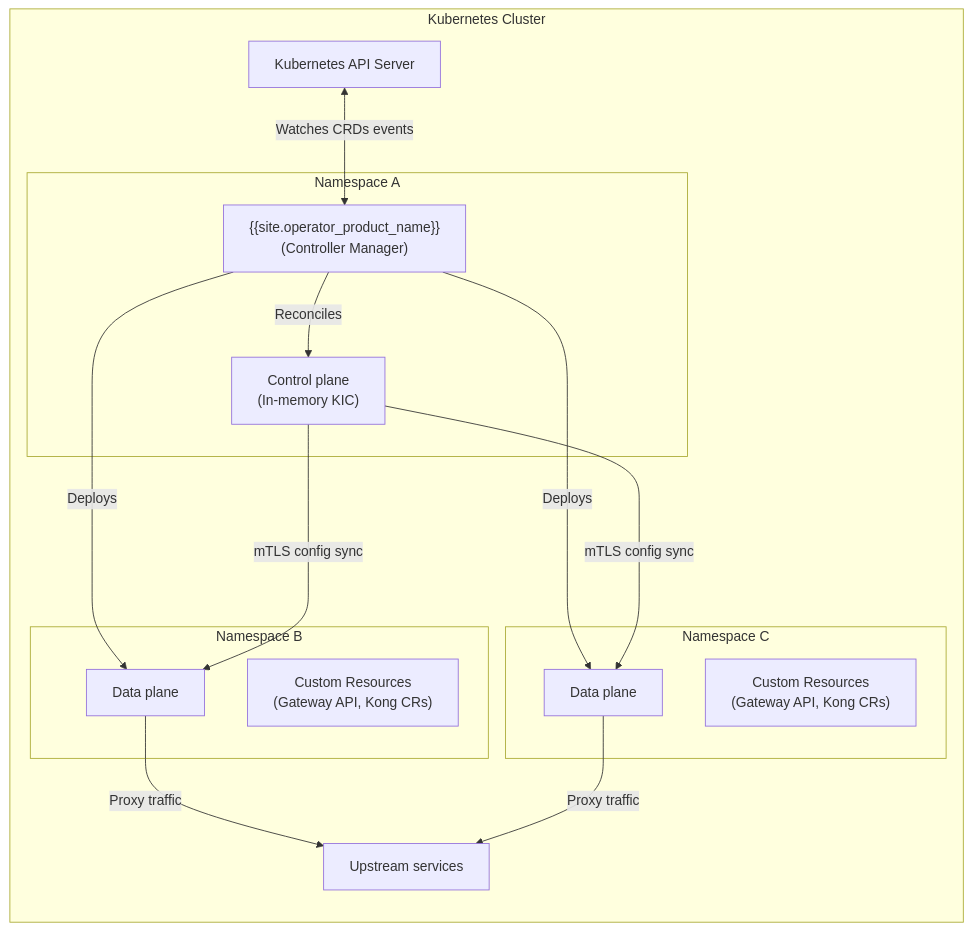
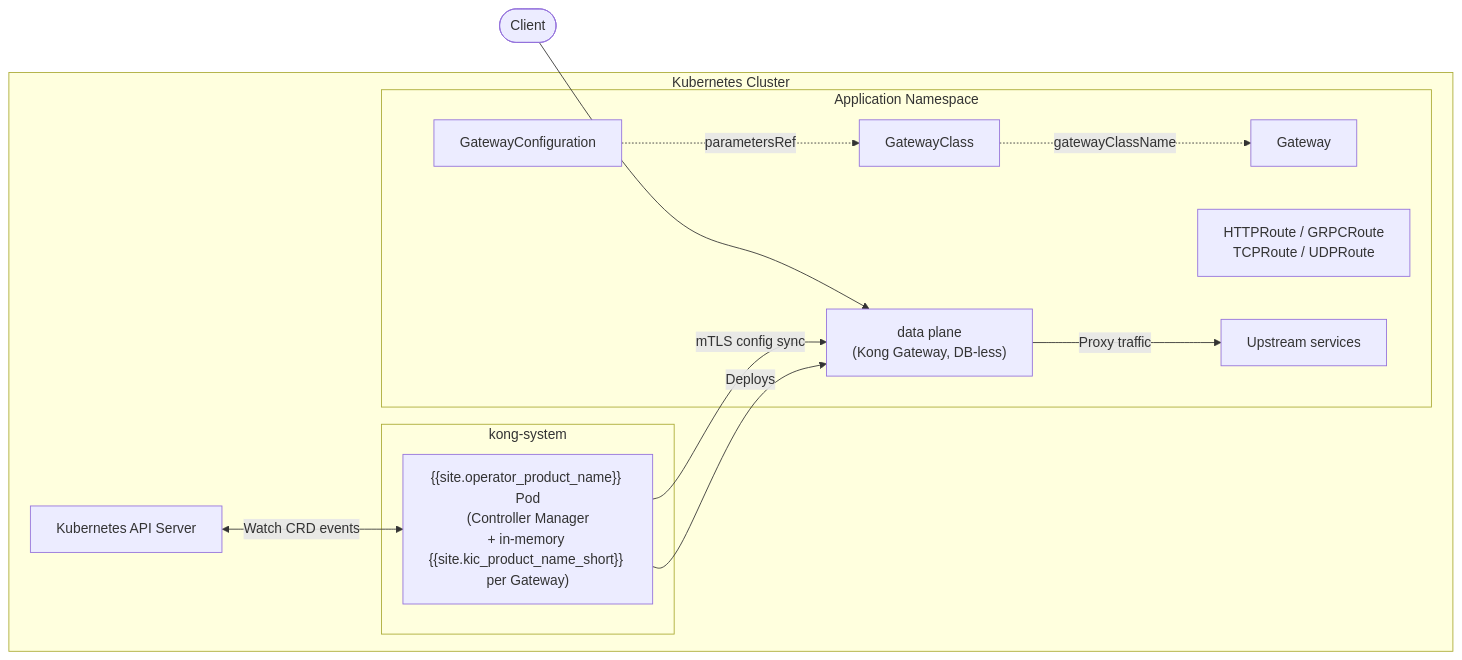
The first of 2 diagrams in app/operator/reference/architecture.md (Kong/developer.konghq.com), drawn with Mermaid before and after one commit. The commit also changed other lines of this file, not shown here.

```diff
--- a/app/operator/reference/architecture.md
+++ b/app/operator/reference/architecture.md
@@ -20,32 +41,28 @@
 {% mermaid %}
 flowchart LR
     subgraph K8s[Kubernetes Cluster]
         K[Kubernetes API Server]
 
-        K <-->|Watches CRDs events| KO
-
-        subgraph NS1[Namespace A]
-            KO["{{site.operator_product_name}}<br/>(Controller Manager)"]
-            CP["Control plane<br/>(In-memory KIC)"]
+        subgraph kongNS[kong-system]
+            KO["{{site.operator_product_name}} Pod<br/>(Controller Manager<br/>+ in-memory {{site.kic_product_name_short}} per Gateway)"]
         end
 
-        subgraph NS2[Namespace B]
-            DP1[Data plane]
-            CR1["Custom Resources<br/>(Gateway API, Kong CRs)"]
-        end
-        subgraph NS3[Namespace C]
-            DP2[Data plane]
-            CR2["Custom Resources<br/>(Gateway API, Kong CRs)"]
+        subgraph AppNS[Application Namespace]
+            GWConfig[GatewayConfiguration]
+            GWClass[GatewayClass]
+            GW[Gateway]
+            Routes["HTTPRoute / GRPCRoute<br/>TCPRoute / UDPRoute"]
+            DP["data plane<br/>(Kong Gateway, DB-less)"]
+            S[Upstream services]
         end
 
-        S[Upstream services]
+        GWConfig -.->|parametersRef| GWClass
+        GWClass -.->|gatewayClassName| GW
+        K <-->|Watch CRD events| KO
+        KO -->|Deploys| DP
+        KO -->|mTLS config sync| DP
+        DP -->|Proxy traffic| S
+    end
 
-        KO -->|Reconciles| CP
-        KO -->|Deploys| DP1 & DP2
-
-        CP --->|mTLS config sync| DP1 & DP2
-
-        DP1 -->|Proxy traffic| S
-        DP2 -->|Proxy traffic| S
-    end
+    Client([Client]) --> DP
 {% endmermaid %}
```
